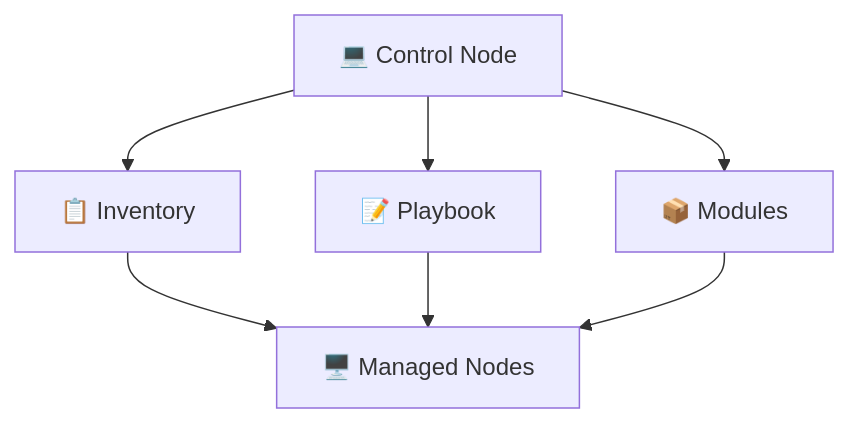
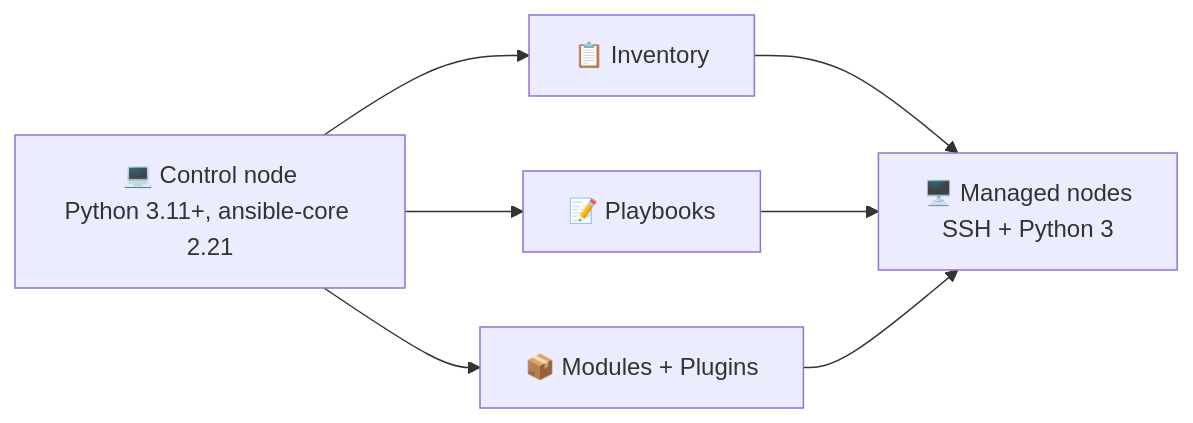
One commit to inno-devops-labs/DevOps-Core-Course changed the fourth of 8 diagrams in lectures/lec5.md. Above: the diagram before and after it, drawn with Mermaid. The commit also changed other lines of this file and 24 other files, not shown here.

````diff
--- a/lectures/lec5.md
+++ b/lectures/lec5.md
@@ -222,10 +146,7 @@
 ```mermaid
-flowchart TD
-  Control[💻 Control Node]
-  Control --> Inventory[📋 Inventory]
-  Control --> Playbook[📝 Playbook]
-  Control --> Modules[📦 Modules]
-  Inventory --> Managed[🖥️ Managed Nodes]
-  Playbook --> Managed
-  Modules --> Managed
+flowchart LR
+  Control[💻 Control node<br/>Python 3.11+, ansible-core 2.21] --> Inv[📋 Inventory]
+  Control --> PB[📝 Playbooks]
+  Control --> Mod[📦 Modules + Plugins]
+  Inv & PB & Mod --> Targets[🖥️ Managed nodes<br/>SSH + Python 3]
 ```
````
